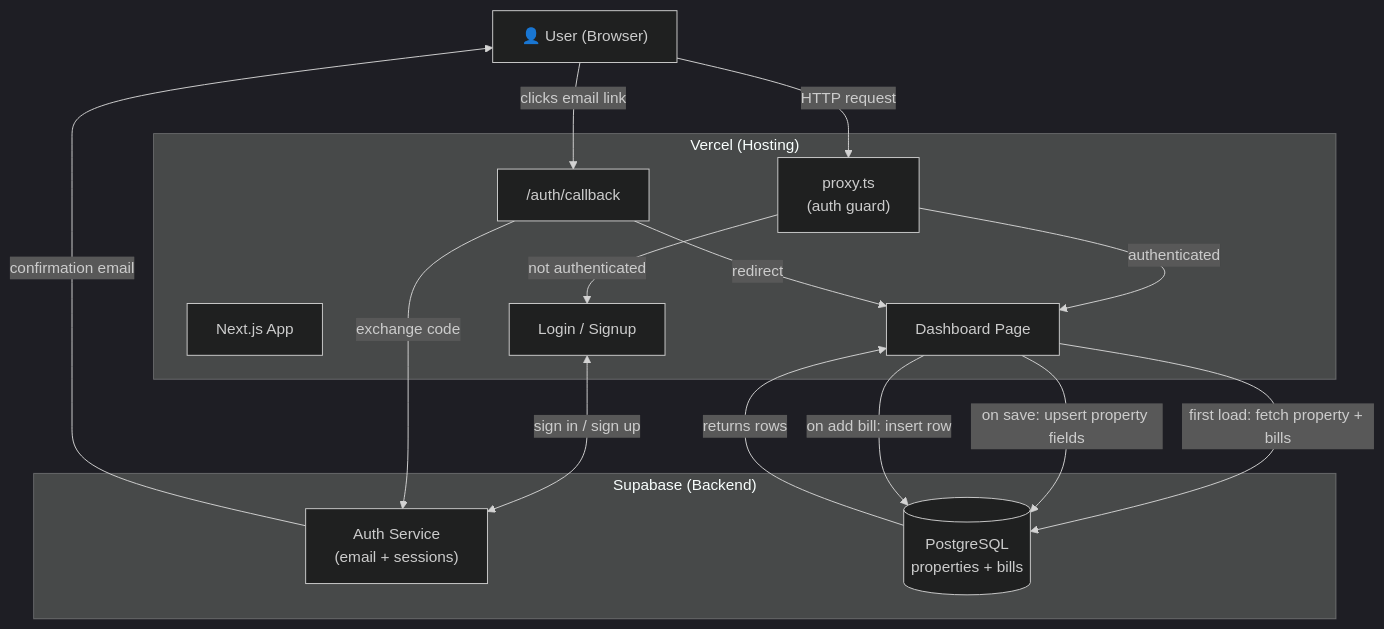
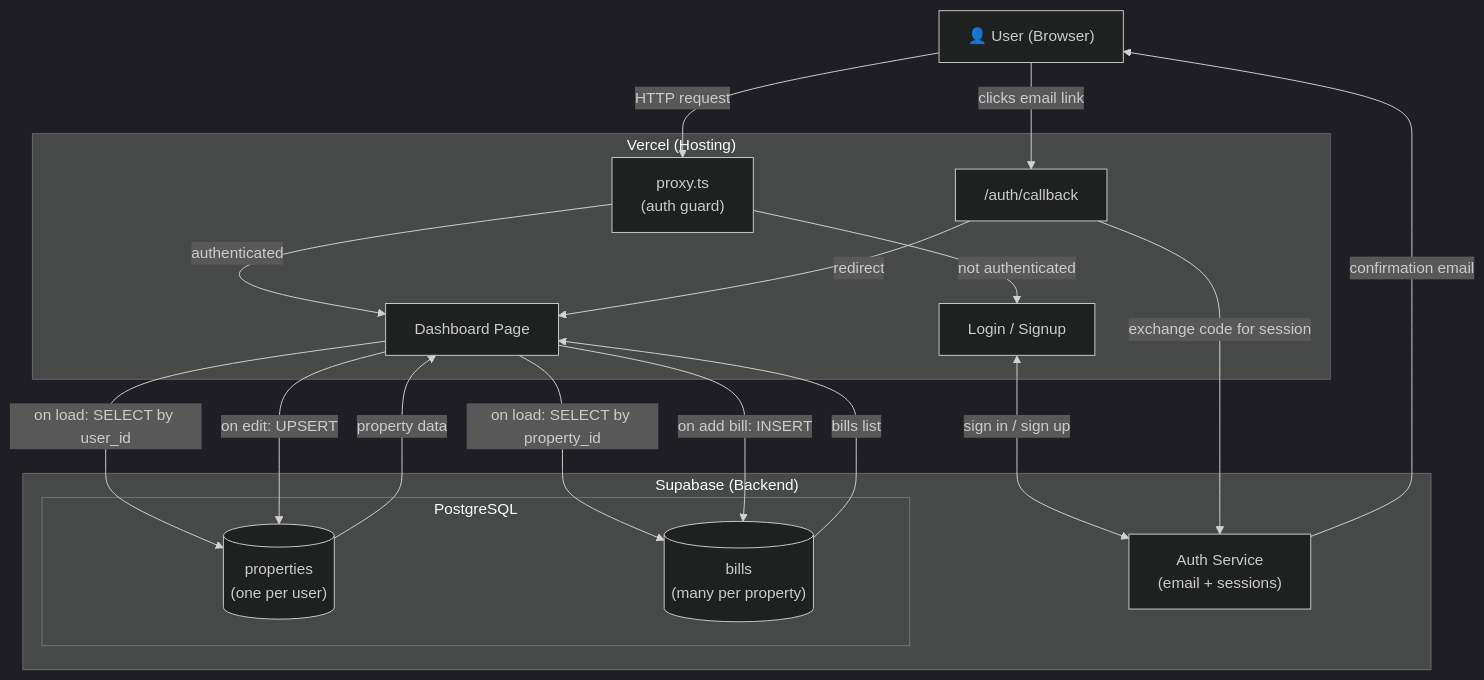
One commit to home-os-713/dash changed the first of 4 diagrams in ARCHITECTURE.md. Above: the diagram before and after it, drawn with Mermaid (dark theme). The commit also changed other lines of this file and 1 other file, not shown here.

````diff
--- a/ARCHITECTURE.md
+++ b/ARCHITECTURE.md
@@ -22,30 +24,34 @@
 ```mermaid
 graph TD
     User["👤 User (Browser)"]
 
     subgraph Vercel["Vercel (Hosting)"]
-        Next["Next.js App"]
         Proxy["proxy.ts\n(auth guard)"]
         Dashboard["Dashboard Page"]
         AuthCallback["/auth/callback"]
         LoginSignup["Login / Signup"]
     end
 
     subgraph Supabase["Supabase (Backend)"]
         Auth["Auth Service\n(email + sessions)"]
-        DB[(PostgreSQL\nproperties + bills)]
+        subgraph DB["PostgreSQL"]
+            Props[("properties\n(one per user)")]
+            Bills[("bills\n(many per property)")]
+        end
     end
 
     User -->|"HTTP request"| Proxy
     Proxy -->|"authenticated"| Dashboard
     Proxy -->|"not authenticated"| LoginSignup
-    Dashboard -->|"first load: fetch property + bills"| DB
-    Dashboard -->|"on save: upsert property fields"| DB
-    Dashboard -->|"on add bill: insert row"| DB
-    DB -->|"returns rows"| Dashboard
+    Dashboard -->|"on load: SELECT by user_id"| Props
+    Dashboard -->|"on load: SELECT by property_id"| Bills
+    Dashboard -->|"on edit: UPSERT"| Props
+    Dashboard -->|"on add bill: INSERT"| Bills
+    Props -->|"property data"| Dashboard
+    Bills -->|"bills list"| Dashboard
     LoginSignup <-->|"sign in / sign up"| Auth
     Auth -->|"confirmation email"| User
     User -->|"clicks email link"| AuthCallback
-    AuthCallback -->|"exchange code"| Auth
+    AuthCallback -->|"exchange code for session"| Auth
     AuthCallback -->|"redirect"| Dashboard
 ```
````
